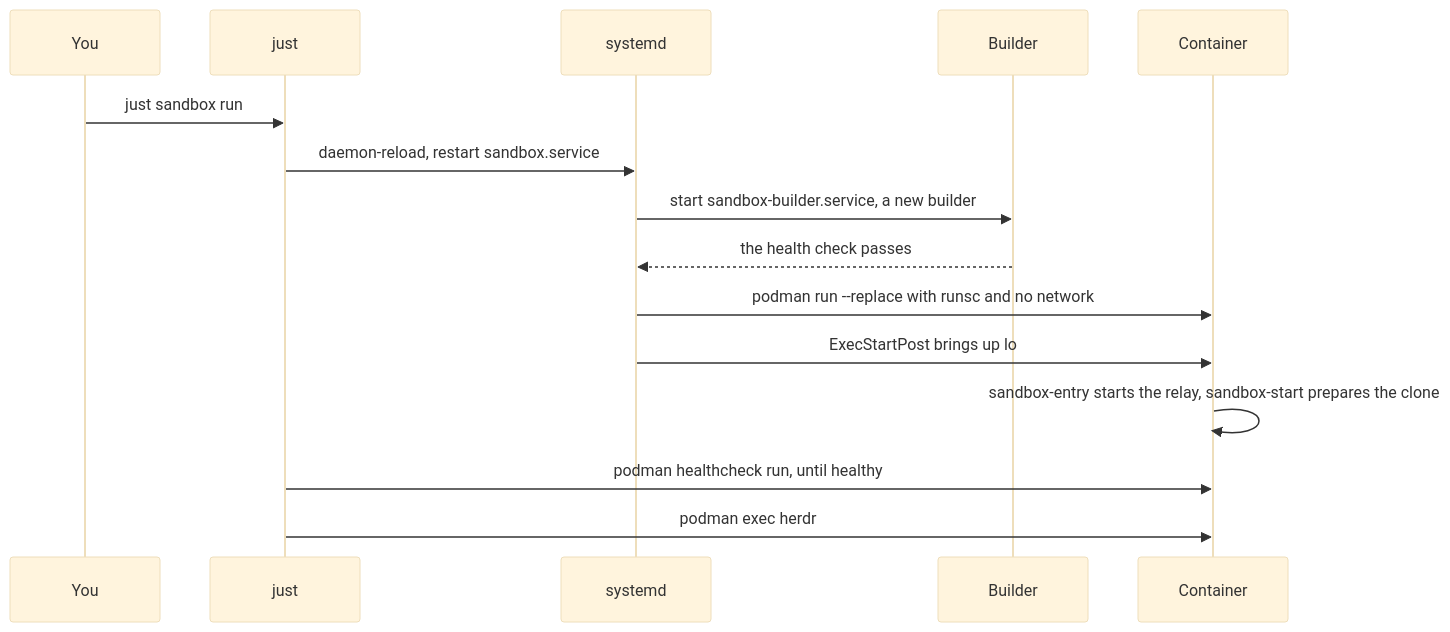
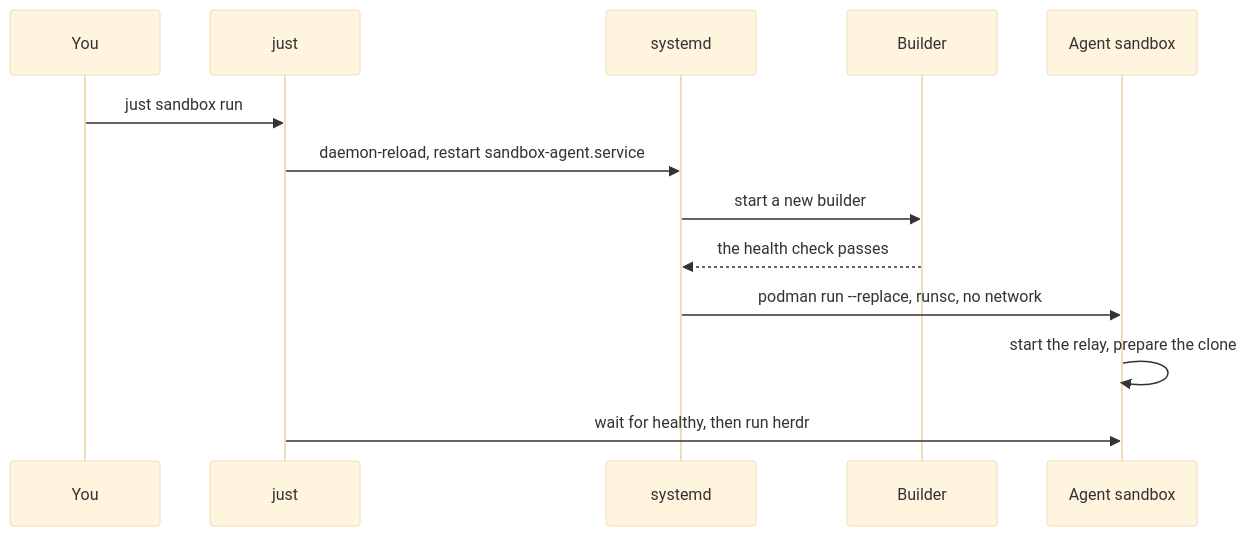
Before and after one commit to raghav19/engineersdaybook: the third of 6 diagrams in .sandbox/docs/internals.md, drawn with Mermaid (base theme). The commit also changed other lines of this file and 27 other files, not shown here.

First line of the commit message:
sandbox: build with docker and buildx, push with crane, through a builder proxy (#323)

````diff
--- a/.sandbox/docs/internals.md
+++ b/.sandbox/docs/internals.md
@@ -67,17 +91,15 @@
 ```mermaid
 sequenceDiagram
     participant You
     participant just
     participant systemd
     participant Builder
-    participant Container
+    participant Agent as Agent sandbox
     You->>just: just sandbox run
-    just->>systemd: daemon-reload, restart sandbox.service
-    systemd->>Builder: start sandbox-builder.service, a new builder
+    just->>systemd: daemon-reload, restart sandbox-agent.service
+    systemd->>Builder: start a new builder
     Builder-->>systemd: the health check passes
-    systemd->>Container: podman run --replace with runsc and no network
-    systemd->>Container: ExecStartPost brings up lo
-    Container->>Container: sandbox-entry starts the relay, sandbox-start prepares the clone
-    just->>Container: podman healthcheck run, until healthy
-    just->>Container: podman exec herdr
+    systemd->>Agent: podman run --replace, runsc, no network
+    Agent->>Agent: start the relay, prepare the clone
+    just->>Agent: wait for healthy, then run herdr
 ```
````
